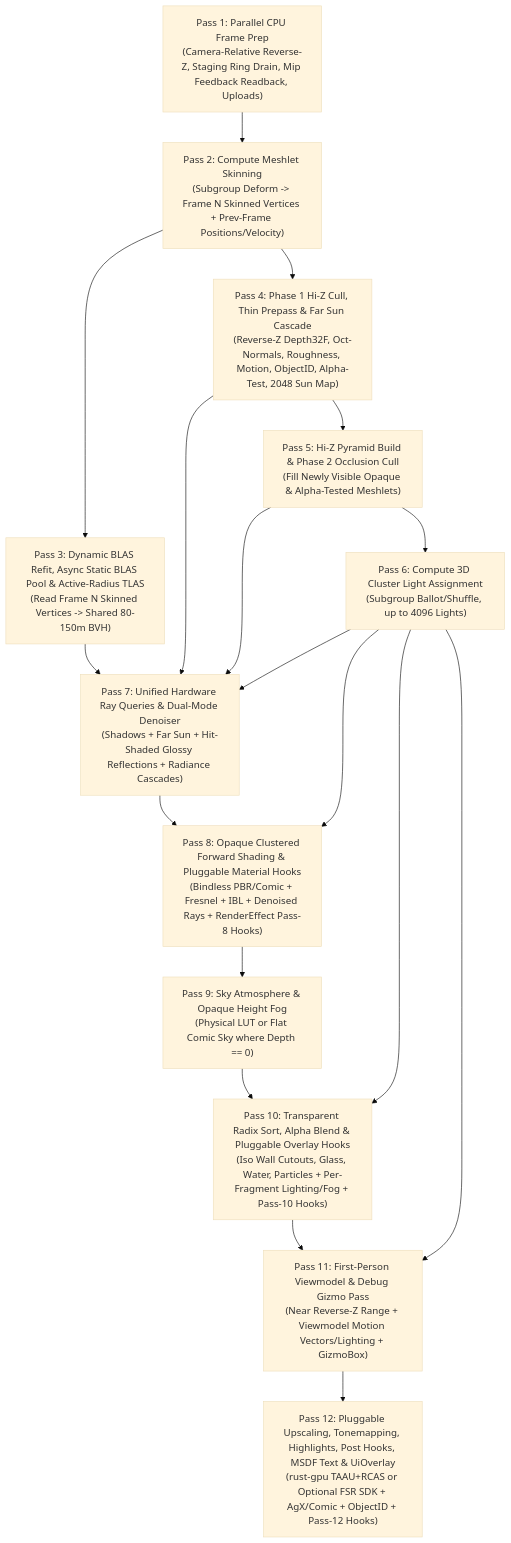
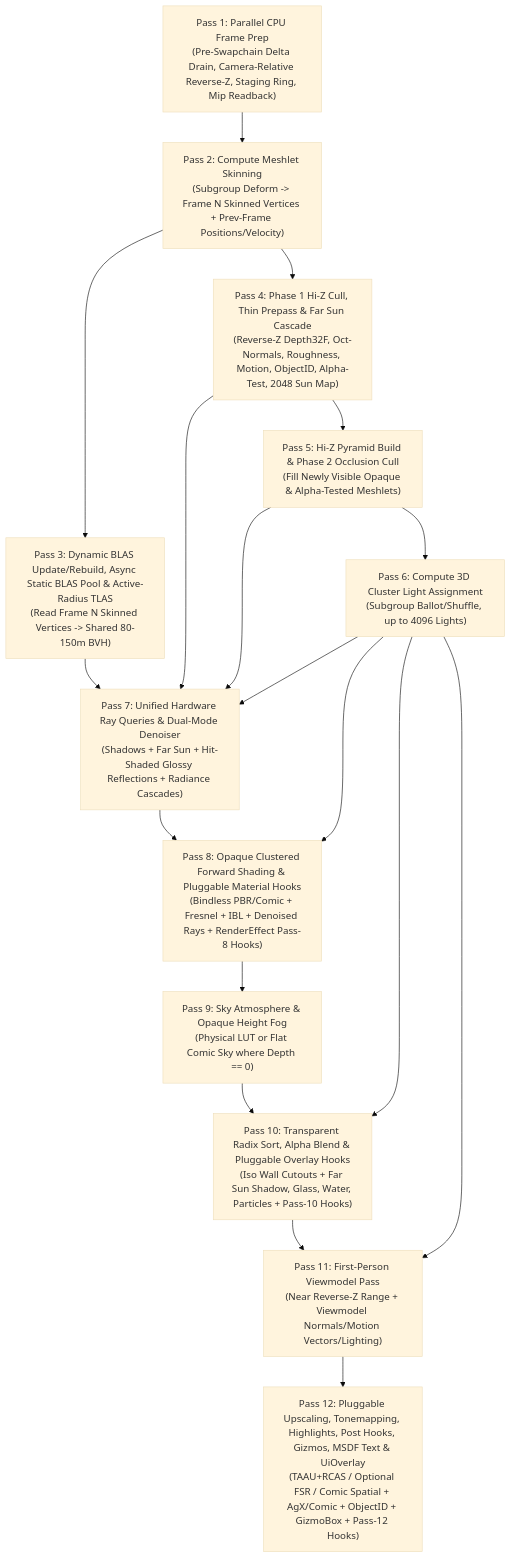
The diagram in docs/graphics-architecture.md (dragon-engine/dragon-engine), drawn with Mermaid (base theme) before and after one commit. The commit also changed other lines of this file and 5 other files, not shown here.

First line of the commit message:
Align graphics specs with wgpu 30.0.1 constraints

````diff
--- a/docs/graphics-architecture.md
+++ b/docs/graphics-architecture.md
@@ -45,33 +45,33 @@
 ```mermaid
 flowchart TD
-    P1["Pass 1: Parallel CPU Frame Prep\n(Camera-Relative Reverse-Z, Staging Ring Drain, Mip Feedback Readback, Uploads)"]
+    P1["Pass 1: Parallel CPU Frame Prep\n(Pre-Swapchain Delta Drain, Camera-Relative Reverse-Z, Staging Ring, Mip Readback)"]
     P2["Pass 2: Compute Meshlet Skinning\n(Subgroup Deform -> Frame N Skinned Vertices + Prev-Frame Positions/Velocity)"]
-    P3["Pass 3: Dynamic BLAS Refit, Async Static BLAS Pool & Active-Radius TLAS\n(Read Frame N Skinned Vertices -> Shared 80-150m BVH)"]
+    P3["Pass 3: Dynamic BLAS Update/Rebuild, Async Static BLAS Pool & Active-Radius TLAS\n(Read Frame N Skinned Vertices -> Shared 80-150m BVH)"]
     P4["Pass 4: Phase 1 Hi-Z Cull, Thin Prepass & Far Sun Cascade\n(Reverse-Z Depth32F, Oct-Normals, Roughness, Motion, ObjectID, Alpha-Test, 2048 Sun Map)"]
     P5["Pass 5: Hi-Z Pyramid Build & Phase 2 Occlusion Cull\n(Fill Newly Visible Opaque & Alpha-Tested Meshlets)"]
     P6["Pass 6: Compute 3D Cluster Light Assignment\n(Subgroup Ballot/Shuffle, up to 4096 Lights)"]
     P7["Pass 7: Unified Hardware Ray Queries & Dual-Mode Denoiser\n(Shadows + Far Sun + Hit-Shaded Glossy Reflections + Radiance Cascades)"]
     P8["Pass 8: Opaque Clustered Forward Shading & Pluggable Material Hooks\n(Bindless PBR/Comic + Fresnel + IBL + Denoised Rays + RenderEffect Pass-8 Hooks)"]
     P9["Pass 9: Sky Atmosphere & Opaque Height Fog\n(Physical LUT or Flat Comic Sky where Depth == 0)"]
-    P10["Pass 10: Transparent Radix Sort, Alpha Blend & Pluggable Overlay Hooks\n(Iso Wall Cutouts, Glass, Water, Particles + Per-Fragment Lighting/Fog + Pass-10 Hooks)"]
-    P11["Pass 11: First-Person Viewmodel & Debug Gizmo Pass\n(Near Reverse-Z Range + Viewmodel Motion Vectors/Lighting + GizmoBox)"]
-    P12["Pass 12: Pluggable Upscaling, Tonemapping, Highlights, Post Hooks, MSDF Text & UiOverlay\n(rust-gpu TAAU+RCAS or Optional FSR SDK + AgX/Comic + ObjectID + Pass-12 Hooks)"]
+    P10["Pass 10: Transparent Radix Sort, Alpha Blend & Pluggable Overlay Hooks\n(Iso Wall Cutouts + Far Sun Shadow, Glass, Water, Particles + Pass-10 Hooks)"]
+    P11["Pass 11: First-Person Viewmodel Pass\n(Near Reverse-Z Range + Viewmodel Normals/Motion Vectors/Lighting)"]
+    P12["Pass 12: Pluggable Upscaling, Tonemapping, Highlights, Post Hooks, Gizmos, MSDF Text & UiOverlay\n(TAAU+RCAS / Optional FSR / Comic Spatial + AgX/Comic + ObjectID + GizmoBox + Pass-12 Hooks)"]
 
     P1 --> P2
     P2 --> P3
     P2 --> P4
     P4 --> P5
     P5 --> P6
     P3 --> P7
     P4 --> P7
     P5 --> P7
     P6 --> P7
     P7 --> P8
     P6 --> P8
     P8 --> P9
     P9 --> P10
     P6 --> P10
     P10 --> P11
     P6 --> P11
     P11 --> P12
 ```
````
